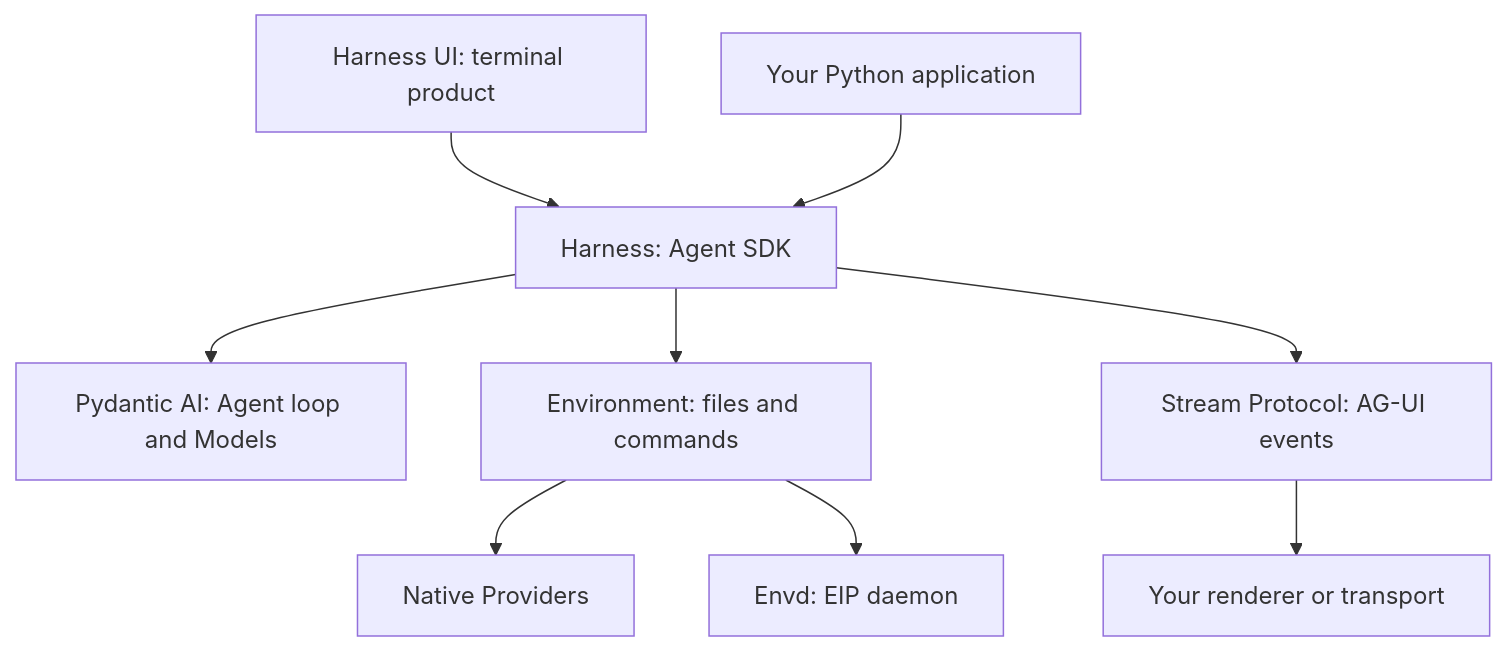
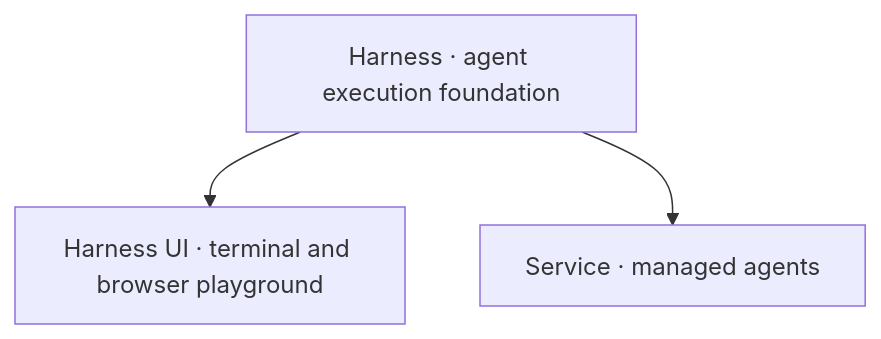
The diagram in docs/index.md (LTThreeComma/agent-foundation), drawn with Mermaid before and after one commit. The commit also changed other lines of this file and 28 other files, not shown here.

````diff
--- a/docs/index.md
+++ b/docs/index.md
@@ -32,11 +7,6 @@
 ```mermaid
 flowchart TB
-    UI["Harness UI: terminal product"] --> Harness["Harness: Agent SDK"]
-    App["Your Python application"] --> Harness
-    Harness --> PAI["Pydantic AI: Agent loop and Models"]
-    Harness --> Env["Environment: files and commands"]
-    Env --> Native["Native Providers"]
-    Env --> EIP["Envd: EIP daemon"]
-    Harness --> Stream["Stream Protocol: AG-UI events"]
-    Stream --> Consumer["Your renderer or transport"]
+    Harness["Harness · agent execution foundation"]
+    Harness --> UI["Harness UI · terminal and browser playground"]
+    Harness --> Service["Service · managed agents"]
 ```
````
